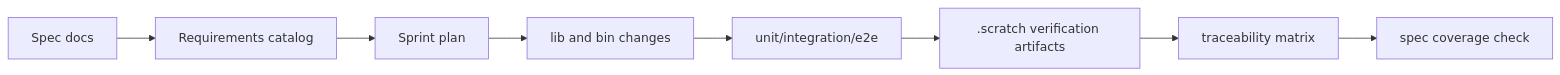
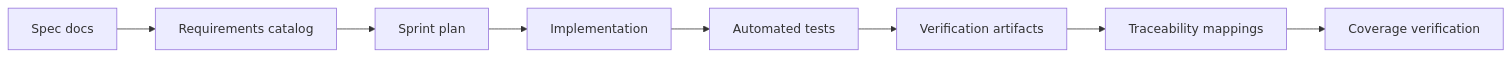
The fourth of 5 diagrams in docs/sprints/SPRINT-003-close-spec-parity-tcl.md (jaytaylor/attractor-tcl), drawn with Mermaid before and after one commit. The commit also changed other lines of this file, not shown here.

Commit message:
docs: sync sprint 003 close-spec plan to verified completion

````diff
--- a/docs/sprints/SPRINT-003-close-spec-parity-tcl.md
+++ b/docs/sprints/SPRINT-003-close-spec-parity-tcl.md
@@ -774,10 +1457,10 @@
 ```mermaid
 flowchart LR
-  SPEC[Spec docs] --> REQ[Requirements catalog]
-  REQ --> PLAN[Sprint plan]
-  PLAN --> CODE[lib and bin changes]
-  CODE --> TESTS[unit/integration/e2e]
-  TESTS --> EVIDENCE[.scratch verification artifacts]
-  EVIDENCE --> TRACE[traceability matrix]
-  TRACE --> COVERAGE[spec coverage check]
+  SPEC[Spec docs] --> CATALOG[Requirements catalog]
+  CATALOG --> PLAN[Sprint plan]
+  PLAN --> CODE[Implementation]
+  CODE --> TESTS[Automated tests]
+  TESTS --> EVIDENCE[Verification artifacts]
+  EVIDENCE --> TRACE[Traceability mappings]
+  TRACE --> COVERAGE[Coverage verification]
 ```
````
